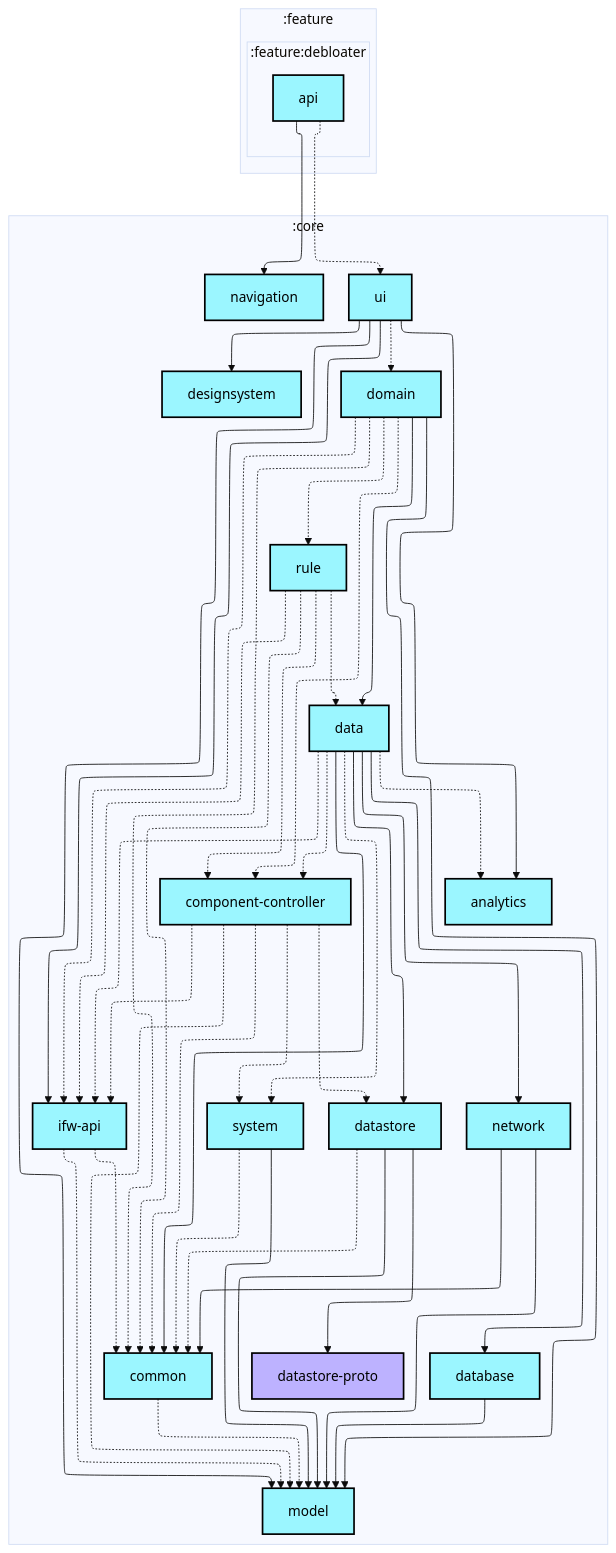
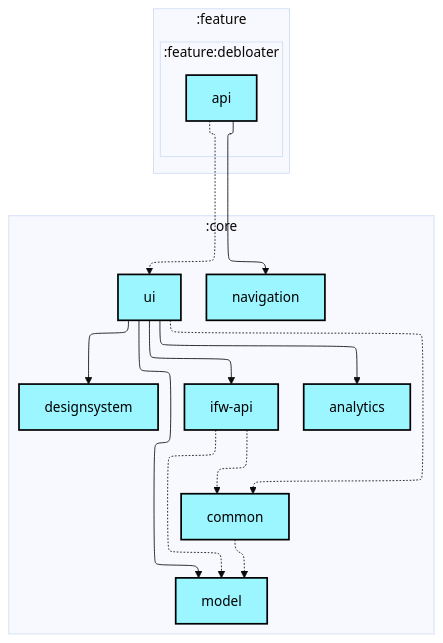
Before and after one commit to lihenggui/blocker: the first of 2 diagrams in feature/debloater/api/README.md, drawn with Mermaid (base theme). The commit also changed 29 other files, not shown here.

```diff
--- a/feature/debloater/api/README.md
+++ b/feature/debloater/api/README.md
@@ -22,59 +22,19 @@
     direction TB
     :core:analytics[analytics]:::android-library
     :core:common[common]:::android-library
-    :core:component-controller[component-controller]:::android-library
-    :core:data[data]:::android-library
-    :core:database[database]:::android-library
-    :core:datastore[datastore]:::android-library
-    :core:datastore-proto[datastore-proto]:::jvm-library
     :core:designsystem[designsystem]:::android-library
-    :core:domain[domain]:::android-library
     :core:ifw-api[ifw-api]:::android-library
     :core:model[model]:::android-library
     :core:navigation[navigation]:::android-library
-    :core:network[network]:::android-library
-    :core:rule[rule]:::android-library
-    :core:system[system]:::android-library
     :core:ui[ui]:::android-library
   end
 
   :core:common -.-> :core:model
-  :core:component-controller -.-> :core:common
-  :core:component-controller -.-> :core:datastore
-  :core:component-controller -.-> :core:ifw-api
-  :core:component-controller -.-> :core:model
-  :core:component-controller -.-> :core:system
-  :core:data -.-> :core:analytics
-  :core:data --> :core:common
-  :core:data -.-> :core:component-controller
-  :core:data --> :core:database
-  :core:data --> :core:datastore
-  :core:data -.-> :core:ifw-api
-  :core:data --> :core:network
-  :core:data -.-> :core:system
-  :core:database --> :core:model
-  :core:datastore -.-> :core:common
-  :core:datastore --> :core:datastore-proto
-  :core:datastore --> :core:model
-  :core:domain -.-> :core:common
-  :core:domain -.-> :core:component-controller
-  :core:domain --> :core:data
-  :core:domain -.-> :core:ifw-api
-  :core:domain --> :core:model
-  :core:domain -.-> :core:rule
   :core:ifw-api -.-> :core:common
   :core:ifw-api -.-> :core:model
-  :core:network --> :core:common
-  :core:network --> :core:model
-  :core:rule -.-> :core:common
-  :core:rule -.-> :core:component-controller
-  :core:rule -.-> :core:data
-  :core:rule -.-> :core:ifw-api
-  :core:system -.-> :core:common
-  :core:system --> :core:model
   :core:ui --> :core:analytics
+  :core:ui -.-> :core:common
   :core:ui --> :core:designsystem
-  :core:ui -.-> :core:domain
   :core:ui --> :core:ifw-api
   :core:ui --> :core:model
   :feature:debloater:api --> :core:navigation
```
